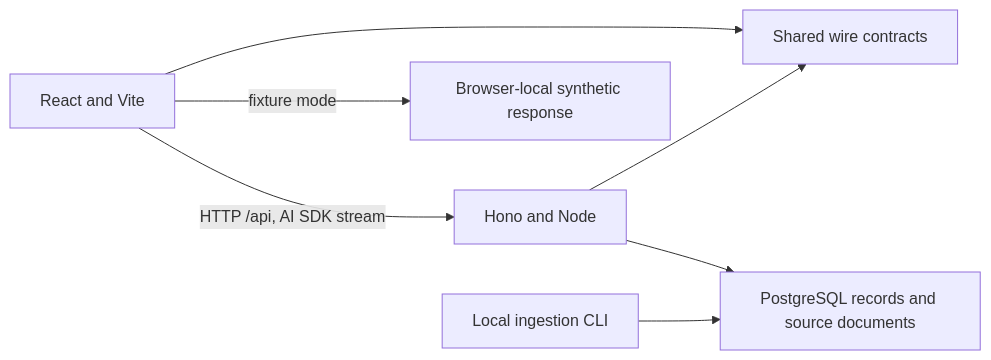
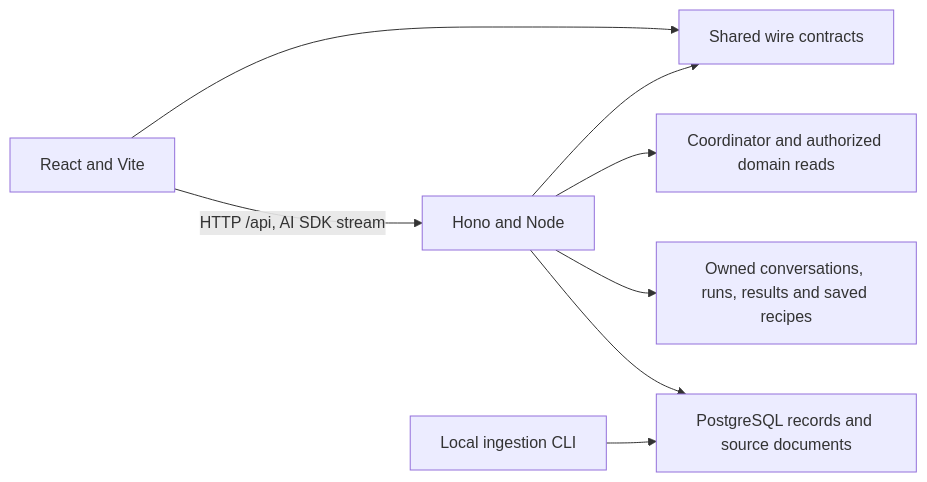
One commit to adwait-kr-flytbase/asset-intelligence-copilot changed the diagram in docs/architecture.md. Above: the diagram before and after it, drawn with Mermaid. The commit also changed other lines of this file and 102 other files, not shown here.

````diff
--- a/docs/architecture.md
+++ b/docs/architecture.md
@@ -27,9 +27,10 @@
 ```mermaid
 flowchart LR
   Web[React and Vite] -->|HTTP /api, AI SDK stream| API[Hono and Node]
   Web --> Contracts[Shared wire contracts]
   API --> Contracts
-  Web -->|fixture mode| Fixtures[Browser-local synthetic response]
+  API --> Agent[Coordinator and authorized domain reads]
+  API --> State[Owned conversations, runs, results and saved recipes]
   API --> Data[PostgreSQL records and source documents]
   Ingestion[Local ingestion CLI] --> Data
 ```
````
